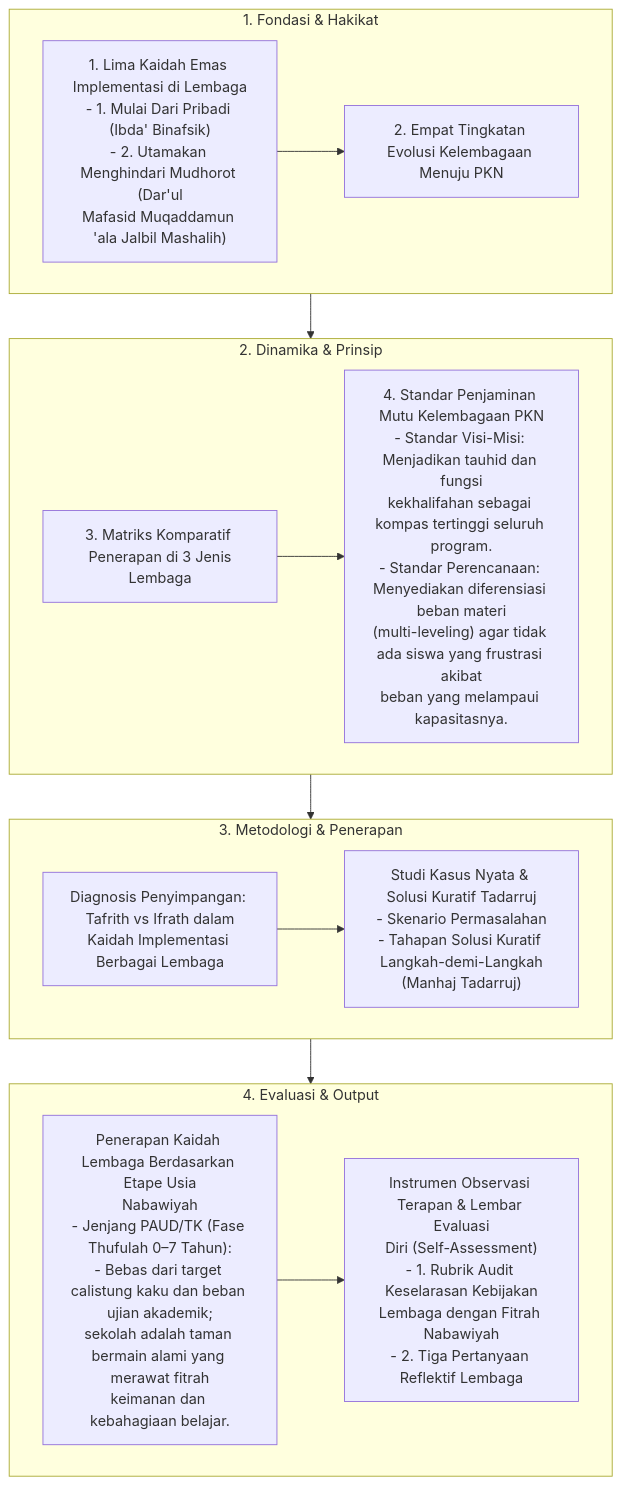
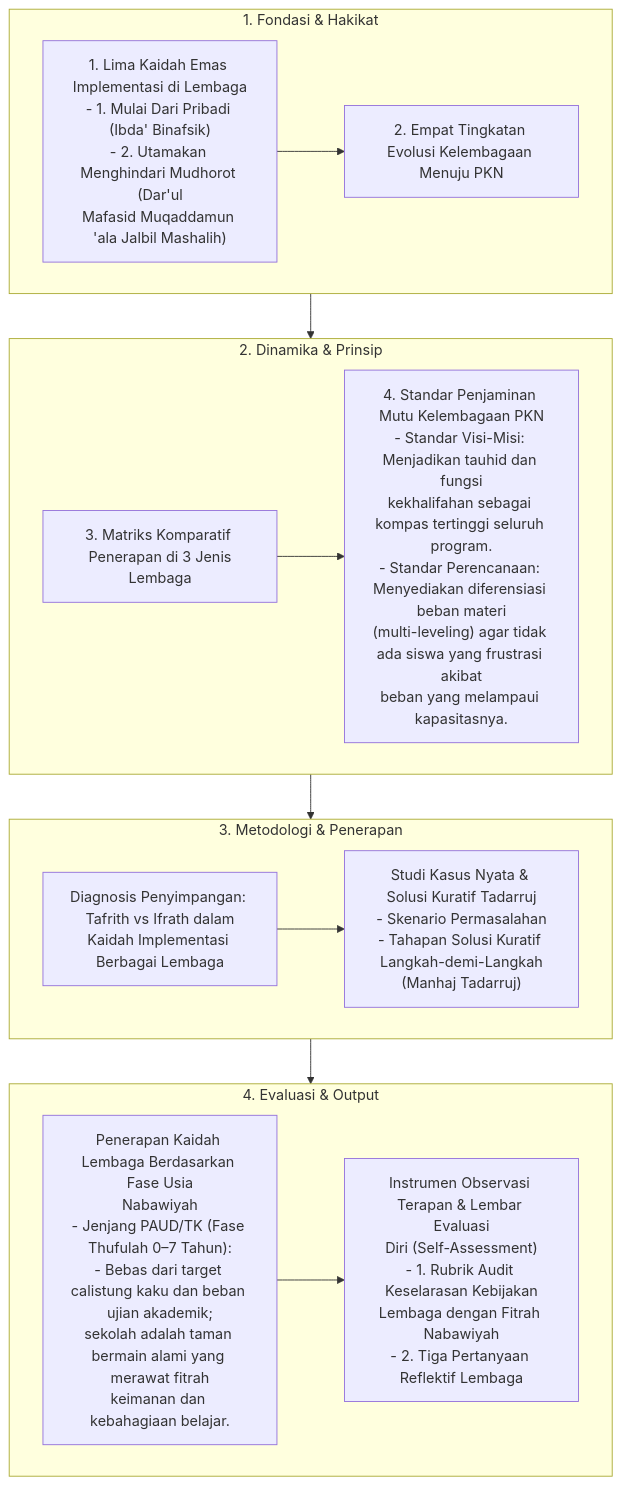
The diagram in content_flow/Dokumen Pendidikan Karakter Nabawiyah/Paradigma & Implementasi/Implementasi/Kaidah & Elemen/Kaidah Implementasi di Berbagai Lembaga.md (decaller/wiki-pkn), drawn with Mermaid before and after one commit. The commit also changed 410 other files, not shown here.

Commit message:
feat: create master Glosarium and purify terminology across repo (etape -> fase, archetype -> uswah)

````diff
--- a/content_flow/Dokumen Pendidikan Karakter Nabawiyah/Paradigma & Implementasi/Implementasi/Kaidah & Elemen/Kaidah Implementasi di Berbagai Lembaga.md
+++ b/content_flow/Dokumen Pendidikan Karakter Nabawiyah/Paradigma & Implementasi/Implementasi/Kaidah & Elemen/Kaidah Implementasi di Berbagai Lembaga.md
@@ -10,30 +10,30 @@
 ```mermaid
 flowchart TD
     subgraph S1["1. Fondasi & Hakikat"]
         N1_1["1. Lima Kaidah Emas Implementasi di Lembaga<br/>- 1. Mulai Dari Pribadi (Ibda' Binafsik)<br/>- 2. Utamakan Menghindari Mudhorot (Dar'ul<br/>Mafasid Muqaddamun 'ala Jalbil Mashalih)"]
         N1_2["2. Empat Tingkatan Evolusi Kelembagaan Menuju PKN"]
         N1_1 --> N1_2
     end
 
     subgraph S2["2. Dinamika & Prinsip"]
         N2_1["3. Matriks Komparatif Penerapan di 3 Jenis<br/>Lembaga"]
         N2_2["4. Standar Penjaminan Mutu Kelembagaan PKN<br/>- Standar Visi-Misi: Menjadikan tauhid dan fungsi<br/>kekhalifahan sebagai kompas tertinggi seluruh program.<br/>- Standar Perencanaan: Menyediakan diferensiasi beban materi<br/>(multi-leveling) agar tidak ada siswa yang frustrasi akibat<br/>beban yang melampaui kapasitasnya."]
         N2_1 --> N2_2
     end
 
     subgraph S3["3. Metodologi & Penerapan"]
         N3_1["Diagnosis Penyimpangan: Tafrith vs Ifrath dalam<br/>Kaidah Implementasi Berbagai Lembaga"]
         N3_2["Studi Kasus Nyata & Solusi Kuratif Tadarruj<br/>- Skenario Permasalahan<br/>- Tahapan Solusi Kuratif Langkah-demi-Langkah<br/>(Manhaj Tadarruj)"]
         N3_1 --> N3_2
     end
 
     subgraph S4["4. Evaluasi & Output"]
-        N4_1["Penerapan Kaidah Lembaga Berdasarkan Etape Usia<br/>Nabawiyah<br/>- Jenjang PAUD/TK (Fase Thufulah 0–7 Tahun):<br/>- Bebas dari target calistung kaku dan beban ujian akademik;<br/>sekolah adalah taman bermain alami yang merawat fitrah<br/>keimanan dan kebahagiaan belajar."]
+        N4_1["Penerapan Kaidah Lembaga Berdasarkan Fase Usia<br/>Nabawiyah<br/>- Jenjang PAUD/TK (Fase Thufulah 0–7 Tahun):<br/>- Bebas dari target calistung kaku dan beban ujian akademik;<br/>sekolah adalah taman bermain alami yang merawat fitrah<br/>keimanan dan kebahagiaan belajar."]
         N4_2["Instrumen Observasi Terapan & Lembar Evaluasi<br/>Diri (Self-Assessment)<br/>- 1. Rubrik Audit Keselarasan Kebijakan<br/>Lembaga dengan Fitrah Nabawiyah<br/>- 2. Tiga Pertanyaan Reflektif Lembaga"]
         N4_1 --> N4_2
     end
 
     S1 --> S2
     S2 --> S3
     S3 --> S4
 ```
````
